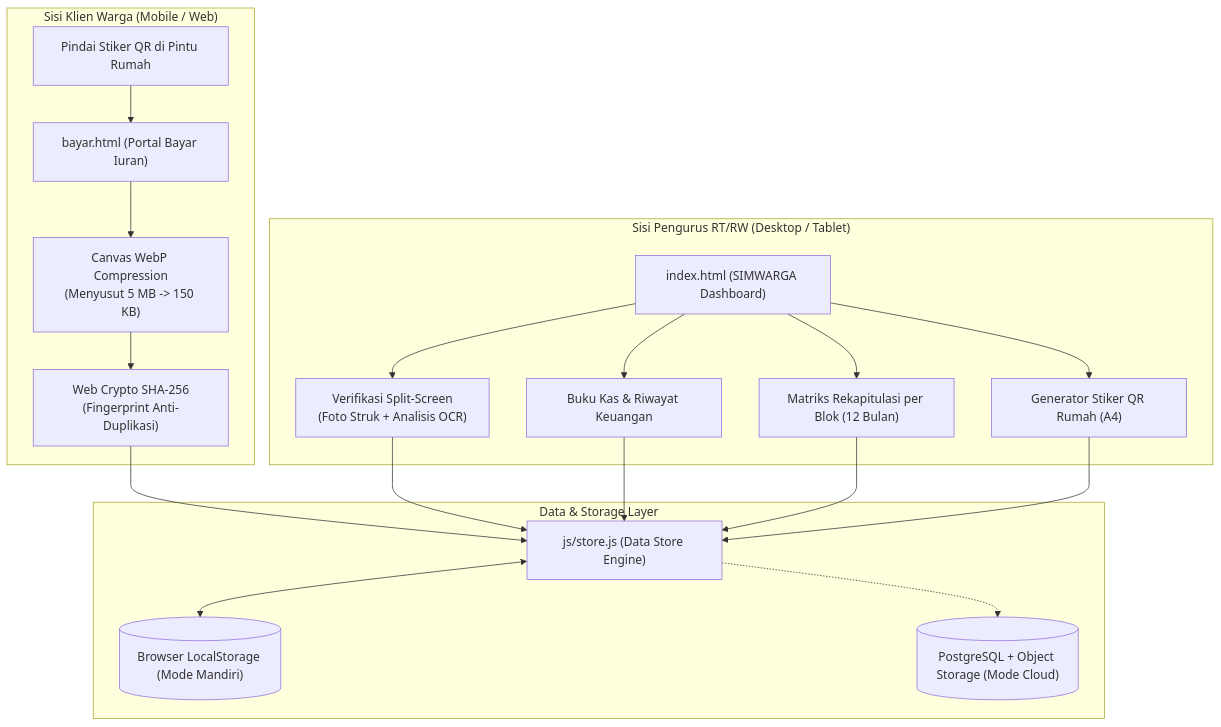
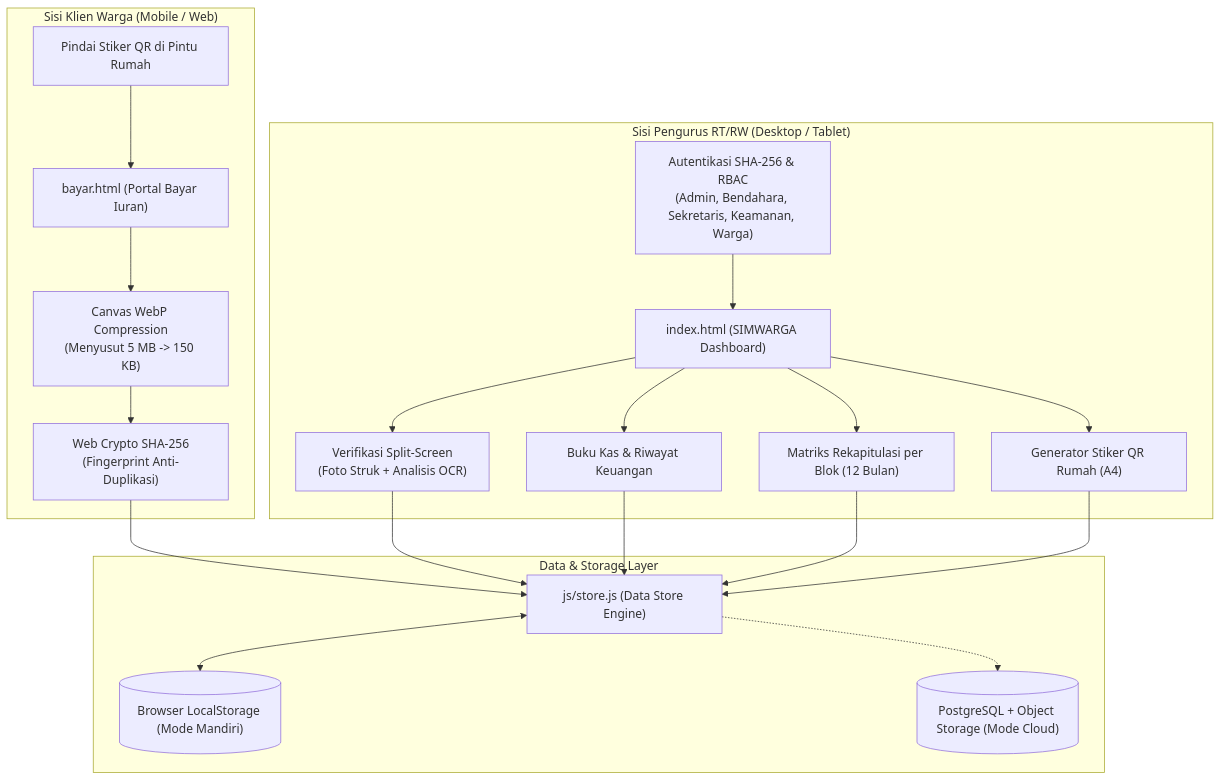
One commit to agungtri/SIMWARGA changed the first of 3 diagrams in doc/arsitektur-sistem.md. Above: the diagram before and after it, drawn with Mermaid. The commit also changed 7 other files, not shown here.

````diff
--- a/doc/arsitektur-sistem.md
+++ b/doc/arsitektur-sistem.md
@@ -11,30 +11,30 @@
 ```mermaid
 flowchart TB
     subgraph WargaLayer ["Sisi Klien Warga (Mobile / Web)"]
         QR["Pindai Stiker QR di Pintu Rumah"] --> PortalWarga["bayar.html (Portal Bayar Iuran)"]
         PortalWarga --> Compression["Canvas WebP Compression<br/>(Menyusut 5 MB -> 150 KB)"]
         Compression --> Hashing["Web Crypto SHA-256<br/>(Fingerprint Anti-Duplikasi)"]
     end
 
     subgraph AdminLayer ["Sisi Pengurus RT/RW (Desktop / Tablet)"]
-        AdminApp["index.html (SIMWARGA Dashboard)"]
+        AuthGate["Autentikasi SHA-256 & RBAC<br/>(Admin, Bendahara, Sekretaris, Keamanan, Warga)"] --> AdminApp["index.html (SIMWARGA Dashboard)"]
         AdminApp --> VerifModal["Verifikasi Split-Screen<br/>(Foto Struk + Analisis OCR)"]
         AdminApp --> KasModule["Buku Kas & Riwayat Keuangan"]
         AdminApp --> ReportModule["Matriks Rekapitulasi per Blok (12 Bulan)"]
         AdminApp --> StickerGen["Generator Stiker QR Rumah (A4)"]
     end
 
     subgraph DataLayer ["Data & Storage Layer"]
         Store["js/store.js (Data Store Engine)"]
         LocalStorage[("Browser LocalStorage (Mode Mandiri)")]
         CloudDB[("PostgreSQL + Object Storage (Mode Cloud)")]
     end
 
     Hashing --> Store
     VerifModal --> Store
     KasModule --> Store
     ReportModule --> Store
     StickerGen --> Store
     Store <--> LocalStorage
     Store -.-> CloudDB
 ```
````
